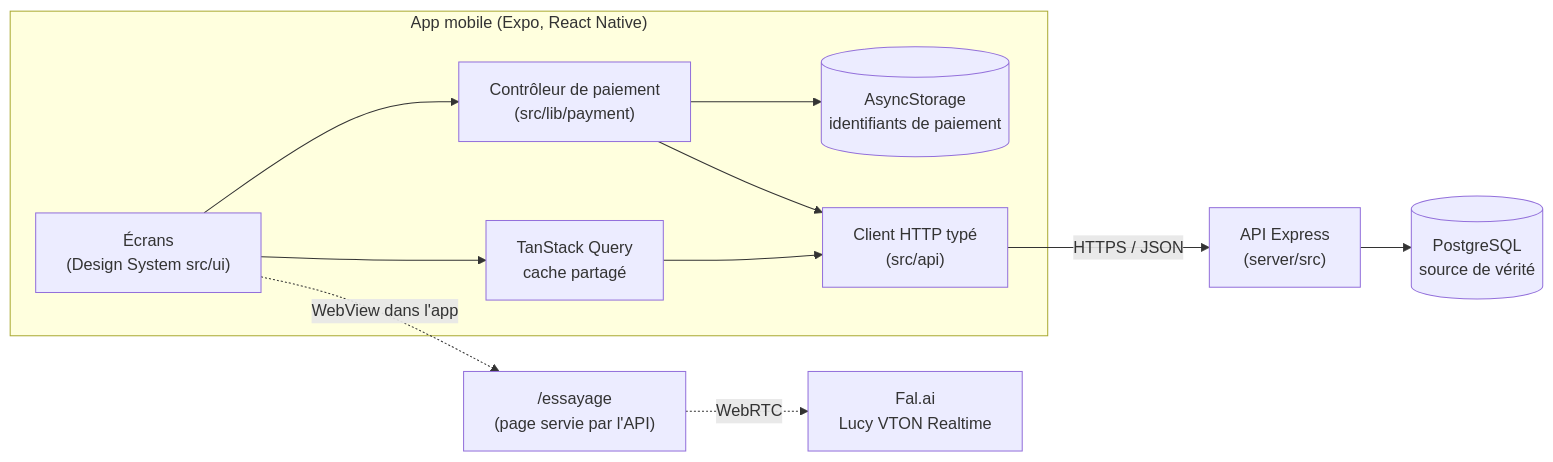
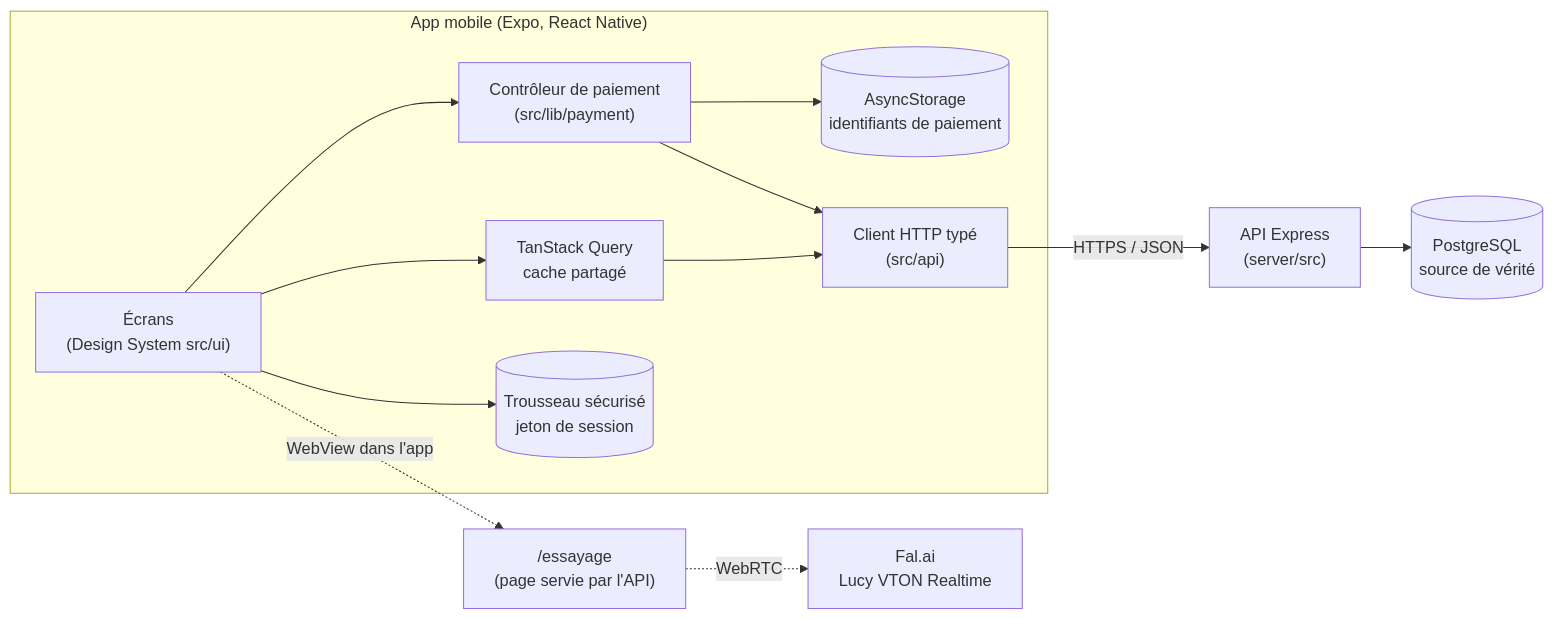
The first of 2 diagrams in README.md (Risthan/ziko-shop), drawn with Mermaid before and after one commit. The commit also changed other lines of this file, not shown here.

````diff
--- a/README.md
+++ b/README.md
@@ -121,14 +121,15 @@
 ```mermaid
 flowchart LR
   subgraph App["App mobile (Expo, React Native)"]
     UI["Écrans<br/>(Design System src/ui)"] --> Q["TanStack Query<br/>cache partagé"]
     UI --> P["Contrôleur de paiement<br/>(src/lib/payment)"]
     P --> S[("AsyncStorage<br/>identifiants de paiement")]
+    UI --> K[("Trousseau sécurisé<br/>jeton de session")]
     Q --> C["Client HTTP typé<br/>(src/api)"]
     P --> C
   end
   C -- HTTPS / JSON --> API["API Express<br/>(server/src)"]
   API --> DB[("PostgreSQL<br/>source de vérité")]
   UI -. WebView dans l'app .-> T["/essayage<br/>(page servie par l'API)"]
   T -. WebRTC .-> D["Fal.ai<br/>Lucy VTON Realtime"]
 ```
````
